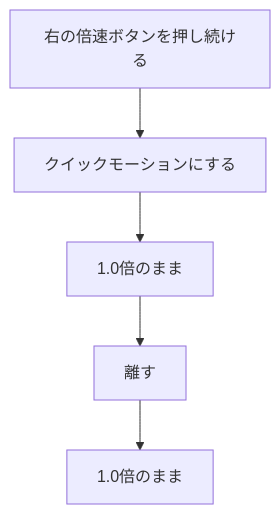
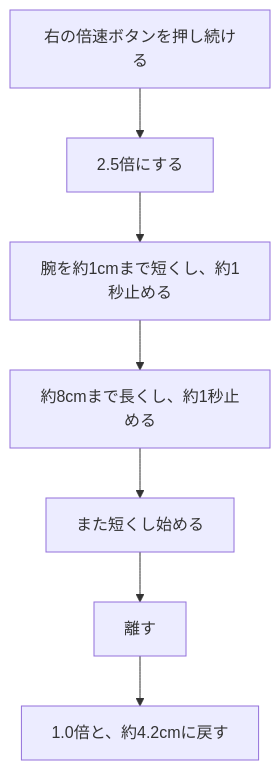
One commit to pfgnsb/hand-spinner changed the ninth of 9 diagrams in spinner/ドキュメント/ユースケース.md. Above: the diagram before and after it, drawn with Mermaid. The commit also changed other lines of this file and 7 other files, not shown here.

````diff
--- a/spinner/ドキュメント/ユースケース.md
+++ b/spinner/ドキュメント/ユースケース.md
@@ -189,7 +180,9 @@
 ```mermaid
 flowchart TD
-  a[右の倍速ボタンを押し続ける] --> b[クイックモーションにする]
-  b --> c[1.0倍のまま]
-  c --> d[離す]
-  d --> e[1.0倍のまま]
+  a[右の倍速ボタンを押し続ける] --> b[2.5倍にする]
+  b --> c[腕を約1cmまで短くし、約1秒止める]
+  c --> d[約8cmまで長くし、約1秒止める]
+  d --> e[また短くし始める]
+  e --> f[離す]
+  f --> g[1.0倍と、約4.2cmに戻す]
 ```
````
